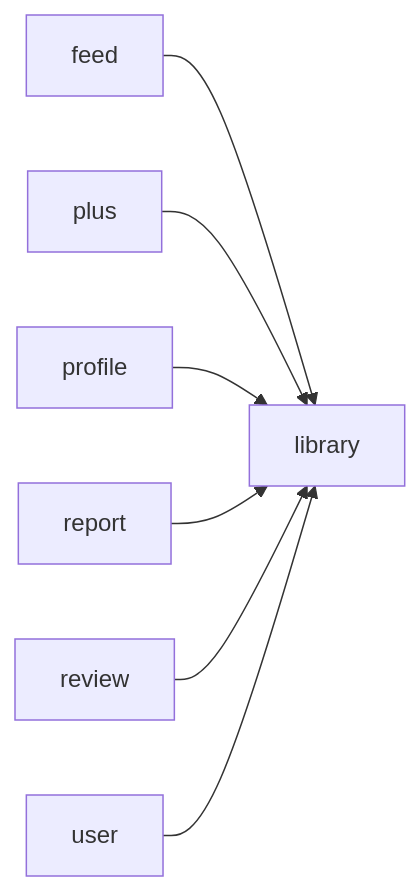
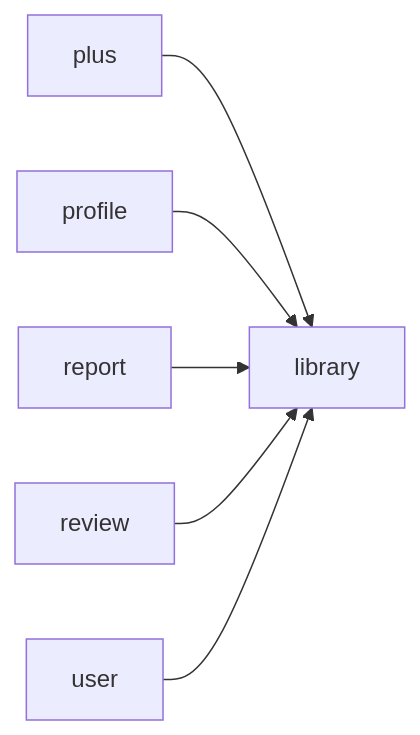
The tenth of 22 diagrams in agents/domain-impact.md (Team-STORIX/STORIX-BE-2.0), drawn with Mermaid before and after one commit. The commit also changed other lines of this file and 22 other files, not shown here.

````diff
--- a/agents/domain-impact.md
+++ b/agents/domain-impact.md
@@ -209,9 +208,8 @@
 ```mermaid
 graph LR
-  feed --> library
   plus --> library
   profile --> library
   report --> library
   review --> library
   user --> library
 ```
````
